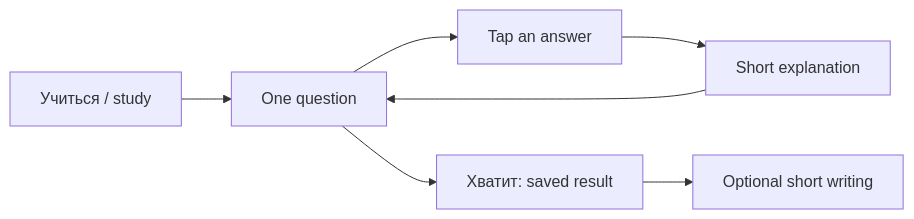
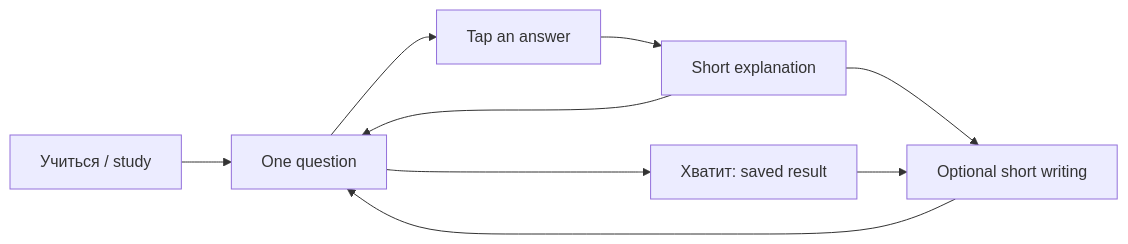
Before and after one commit to eiler2005/FluentLoop: the diagram in README.md, drawn with Mermaid. The commit also changed other lines of this file and 38 other files, not shown here.

Commit message:
feat: integrate personal roadmap into Study

````diff
--- a/README.md
+++ b/README.md
@@ -33,9 +33,11 @@
 ```mermaid
 flowchart LR
     Start[Учиться / study] --> Question[One question]
     Question --> Choice[Tap an answer]
     Choice --> Feedback[Short explanation]
     Feedback --> Question
+    Feedback --> Writing[Optional short writing]
+    Writing --> Question
     Question --> Stop[Хватит: saved result]
-    Stop --> Writing[Optional short writing]
+    Stop --> Writing
 ```
````
